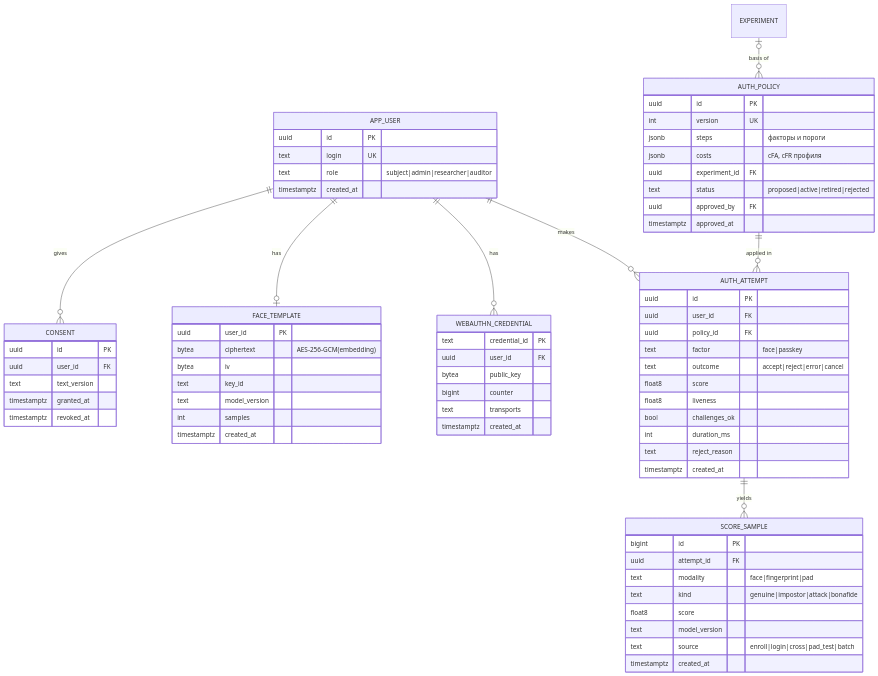
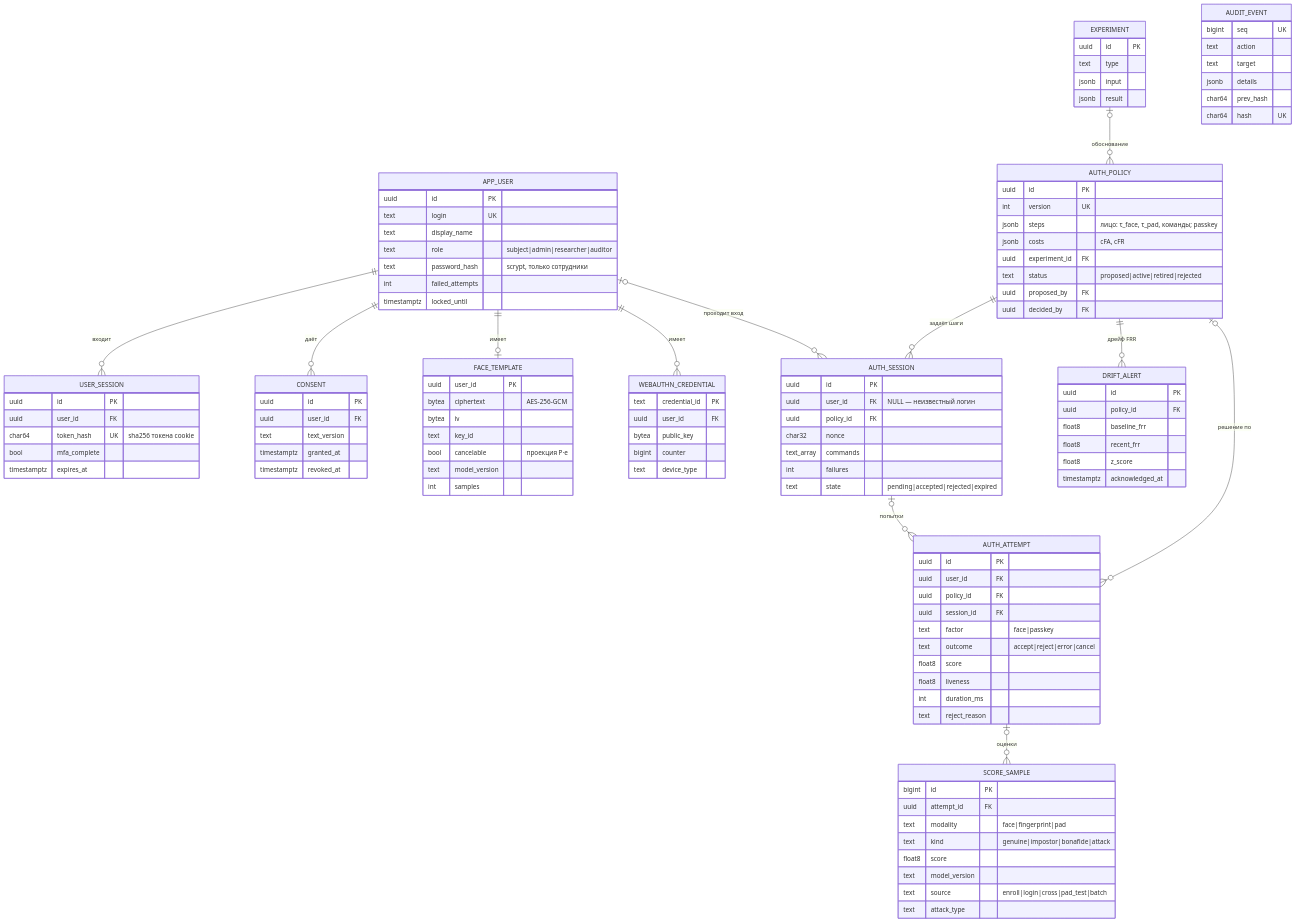
The diagram in docs/diagrams/19-v2-er-diagram.mmd (DcNi3L/bioauth-optimizer), drawn with Mermaid before and after one commit. The commit also changed 21 other files, not shown here.

First line of the commit message:
docs: документация v2 — архитектура, API, схема, развёртывание, тесты, ADR

```diff
--- a/docs/diagrams/19-v2-er-diagram.mmd
+++ b/docs/diagrams/19-v2-er-diagram.mmd
@@ -1,71 +1,114 @@
 erDiagram
-  APP_USER ||--o{ CONSENT : gives
-  APP_USER ||--o| FACE_TEMPLATE : has
-  APP_USER ||--o{ WEBAUTHN_CREDENTIAL : has
-  APP_USER ||--o{ AUTH_ATTEMPT : makes
-  AUTH_POLICY ||--o{ AUTH_ATTEMPT : "applied in"
-  AUTH_ATTEMPT ||--o{ SCORE_SAMPLE : yields
-  EXPERIMENT |o--o{ AUTH_POLICY : "basis of"
+  APP_USER ||--o{ USER_SESSION : "входит"
+  APP_USER ||--o{ CONSENT : "даёт"
+  APP_USER ||--o| FACE_TEMPLATE : "имеет"
+  APP_USER ||--o{ WEBAUTHN_CREDENTIAL : "имеет"
+  APP_USER |o--o{ AUTH_SESSION : "проходит вход"
+  AUTH_POLICY ||--o{ AUTH_SESSION : "задаёт шаги"
+  AUTH_SESSION |o--o{ AUTH_ATTEMPT : "попытки"
+  AUTH_POLICY |o--o{ AUTH_ATTEMPT : "решение по"
+  AUTH_ATTEMPT |o--o{ SCORE_SAMPLE : "оценки"
+  EXPERIMENT |o--o{ AUTH_POLICY : "обоснование"
+  AUTH_POLICY ||--o{ DRIFT_ALERT : "дрейф FRR"
   APP_USER {
     uuid id PK
     text login UK
+    text display_name
     text role "subject|admin|researcher|auditor"
-    timestamptz created_at
+    text password_hash "scrypt, только сотрудники"
+    int failed_attempts
+    timestamptz locked_until
+  }
+  USER_SESSION {
+    uuid id PK
+    uuid user_id FK
+    char64 token_hash UK "sha256 токена cookie"
+    bool mfa_complete
+    timestamptz expires_at
   }
   CONSENT {
     uuid id PK
     uuid user_id FK
     text text_version
     timestamptz granted_at
     timestamptz revoked_at
   }
   FACE_TEMPLATE {
     uuid user_id PK
-    bytea ciphertext "AES-256-GCM(embedding)"
+    bytea ciphertext "AES-256-GCM"
     bytea iv
     text key_id
+    bool cancelable "проекция P·e"
     text model_version
     int samples
-    timestamptz created_at
   }
   WEBAUTHN_CREDENTIAL {
     text credential_id PK
     uuid user_id FK
     bytea public_key
     bigint counter
-    text transports
-    timestamptz created_at
+    text device_type
   }
   AUTH_POLICY {
     uuid id PK
     int version UK
-    jsonb steps "факторы и пороги"
-    jsonb costs "cFA, cFR профиля"
+    jsonb steps "лицо: τ_face, τ_pad, команды; passkey"
+    jsonb costs "cFA, cFR"
     uuid experiment_id FK
     text status "proposed|active|retired|rejected"
-    uuid approved_by FK
-    timestamptz approved_at
+    uuid proposed_by FK
+    uuid decided_by FK
+  }
+  AUTH_SESSION {
+    uuid id PK
+    uuid user_id FK "NULL — неизвестный логин"
+    uuid policy_id FK
+    char32 nonce
+    text_array commands
+    int failures
+    text state "pending|accepted|rejected|expired"
   }
   AUTH_ATTEMPT {
     uuid id PK
     uuid user_id FK
     uuid policy_id FK
+    uuid session_id FK
     text factor "face|passkey"
     text outcome "accept|reject|error|cancel"
     float8 score
     float8 liveness
-    bool challenges_ok
     int duration_ms
     text reject_reason
-    timestamptz created_at
   }
   SCORE_SAMPLE {
     bigint id PK
     uuid attempt_id FK
     text modality "face|fingerprint|pad"
-    text kind "genuine|impostor|attack|bonafide"
+    text kind "genuine|impostor|bonafide|attack"
     float8 score
     text model_version
     text source "enroll|login|cross|pad_test|batch"
-    timestamptz created_at
+    text attack_type
   }
+  EXPERIMENT {
+    uuid id PK
+    text type
+    jsonb input
+    jsonb result
+  }
+  DRIFT_ALERT {
+    uuid id PK
+    uuid policy_id FK
+    float8 baseline_frr
+    float8 recent_frr
+    float8 z_score
+    timestamptz acknowledged_at
+  }
+  AUDIT_EVENT {
+    bigint seq UK
+    text action
+    text target
+    jsonb details
+    char64 prev_hash
+    char64 hash UK
+  }
```
